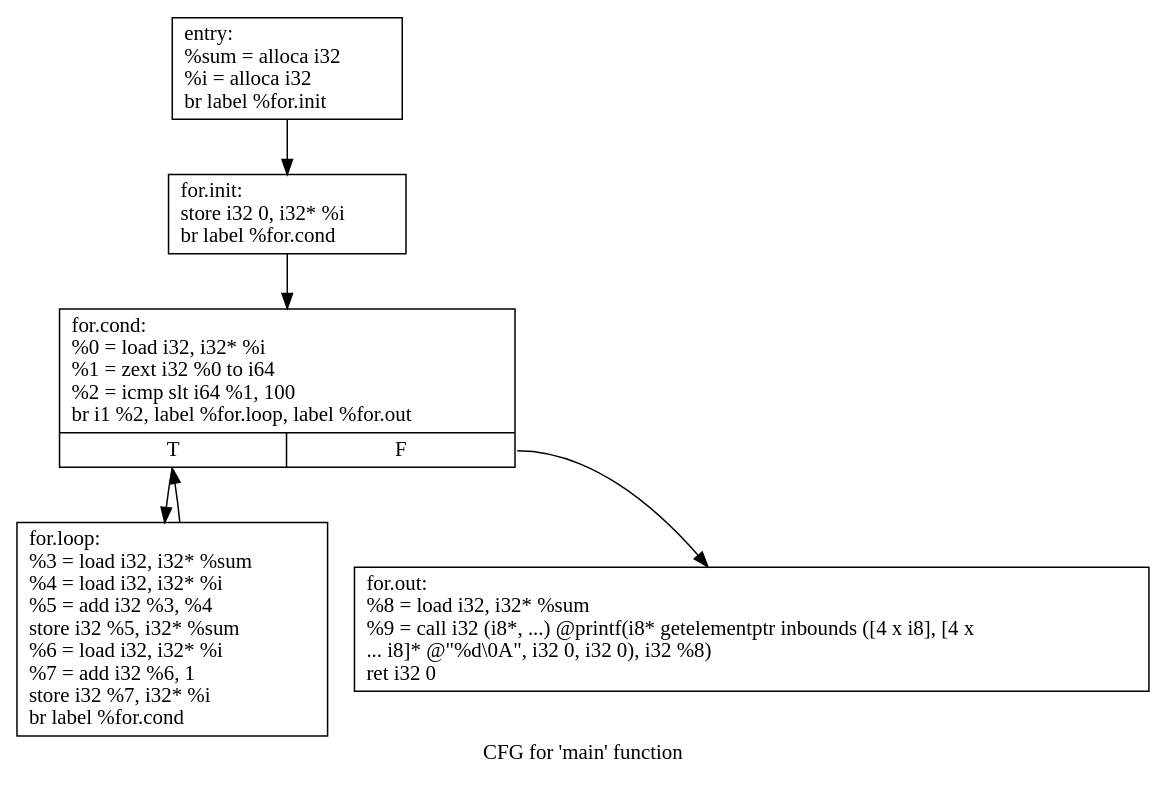
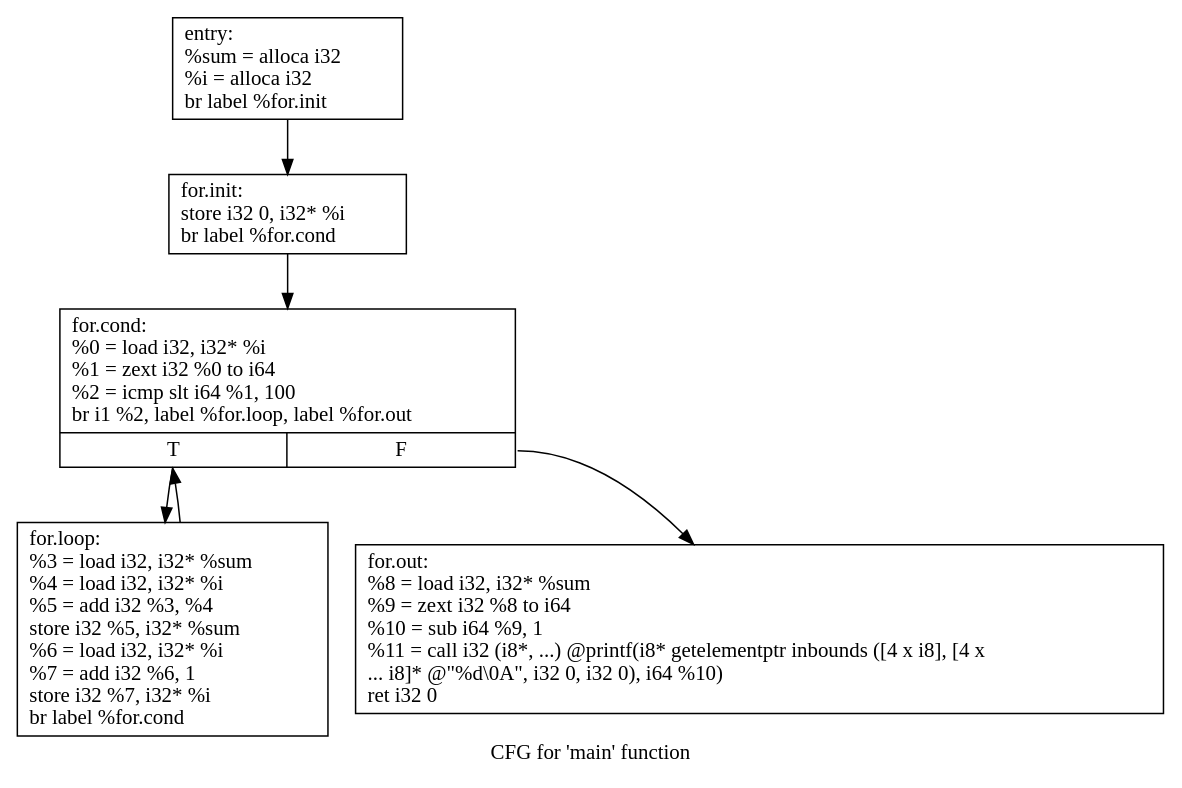
One commit to Esifiel/compiler changed the diagram in src/tmp/.main.dot. Above: the diagram before and after it, drawn with Graphviz. The commit also changed 35 other files, not shown here.

```diff
--- a/src/tmp/.main.dot
+++ b/src/tmp/.main.dot
@@ -1,14 +1,14 @@
 digraph "CFG for 'main' function" {
 	label="CFG for 'main' function";
 
-	Node0x1974820 [shape=record,label="{entry:\l  %sum = alloca i32\l  %i = alloca i32\l  br label %for.init\l}"];
-	Node0x1974820 -> Node0x19750b0;
-	Node0x19750b0 [shape=record,label="{for.init:                                         \l  store i32 0, i32* %i\l  br label %for.cond\l}"];
-	Node0x19750b0 -> Node0x19752a0;
-	Node0x19752a0 [shape=record,label="{for.cond:                                         \l  %0 = load i32, i32* %i\l  %1 = zext i32 %0 to i64\l  %2 = icmp slt i64 %1, 100\l  br i1 %2, label %for.loop, label %for.out\l|{<s0>T|<s1>F}}"];
-	Node0x19752a0:s0 -> Node0x19754f0;
-	Node0x19752a0:s1 -> Node0x19755d0;
-	Node0x19754f0 [shape=record,label="{for.loop:                                         \l  %3 = load i32, i32* %sum\l  %4 = load i32, i32* %i\l  %5 = add i32 %3, %4\l  store i32 %5, i32* %sum\l  %6 = load i32, i32* %i\l  %7 = add i32 %6, 1\l  store i32 %7, i32* %i\l  br label %for.cond\l}"];
-	Node0x19754f0 -> Node0x19752a0;
-	Node0x19755d0 [shape=record,label="{for.out:                                          \l  %8 = load i32, i32* %sum\l  %9 = call i32 (i8*, ...) @printf(i8* getelementptr inbounds ([4 x i8], [4 x\l... i8]* @\"%d\\0A\", i32 0, i32 0), i32 %8)\l  ret i32 0\l}"];
+	Node0xc56940 [shape=record,label="{entry:\l  %sum = alloca i32\l  %i = alloca i32\l  br label %for.init\l}"];
+	Node0xc56940 -> Node0xc571d0;
+	Node0xc571d0 [shape=record,label="{for.init:                                         \l  store i32 0, i32* %i\l  br label %for.cond\l}"];
+	Node0xc571d0 -> Node0xc573c0;
+	Node0xc573c0 [shape=record,label="{for.cond:                                         \l  %0 = load i32, i32* %i\l  %1 = zext i32 %0 to i64\l  %2 = icmp slt i64 %1, 100\l  br i1 %2, label %for.loop, label %for.out\l|{<s0>T|<s1>F}}"];
+	Node0xc573c0:s0 -> Node0xc57610;
+	Node0xc573c0:s1 -> Node0xc576f0;
+	Node0xc57610 [shape=record,label="{for.loop:                                         \l  %3 = load i32, i32* %sum\l  %4 = load i32, i32* %i\l  %5 = add i32 %3, %4\l  store i32 %5, i32* %sum\l  %6 = load i32, i32* %i\l  %7 = add i32 %6, 1\l  store i32 %7, i32* %i\l  br label %for.cond\l}"];
+	Node0xc57610 -> Node0xc573c0;
+	Node0xc576f0 [shape=record,label="{for.out:                                          \l  %8 = load i32, i32* %sum\l  %9 = zext i32 %8 to i64\l  %10 = sub i64 %9, 1\l  %11 = call i32 (i8*, ...) @printf(i8* getelementptr inbounds ([4 x i8], [4 x\l... i8]* @\"%d\\0A\", i32 0, i32 0), i64 %10)\l  ret i32 0\l}"];
 }
```
